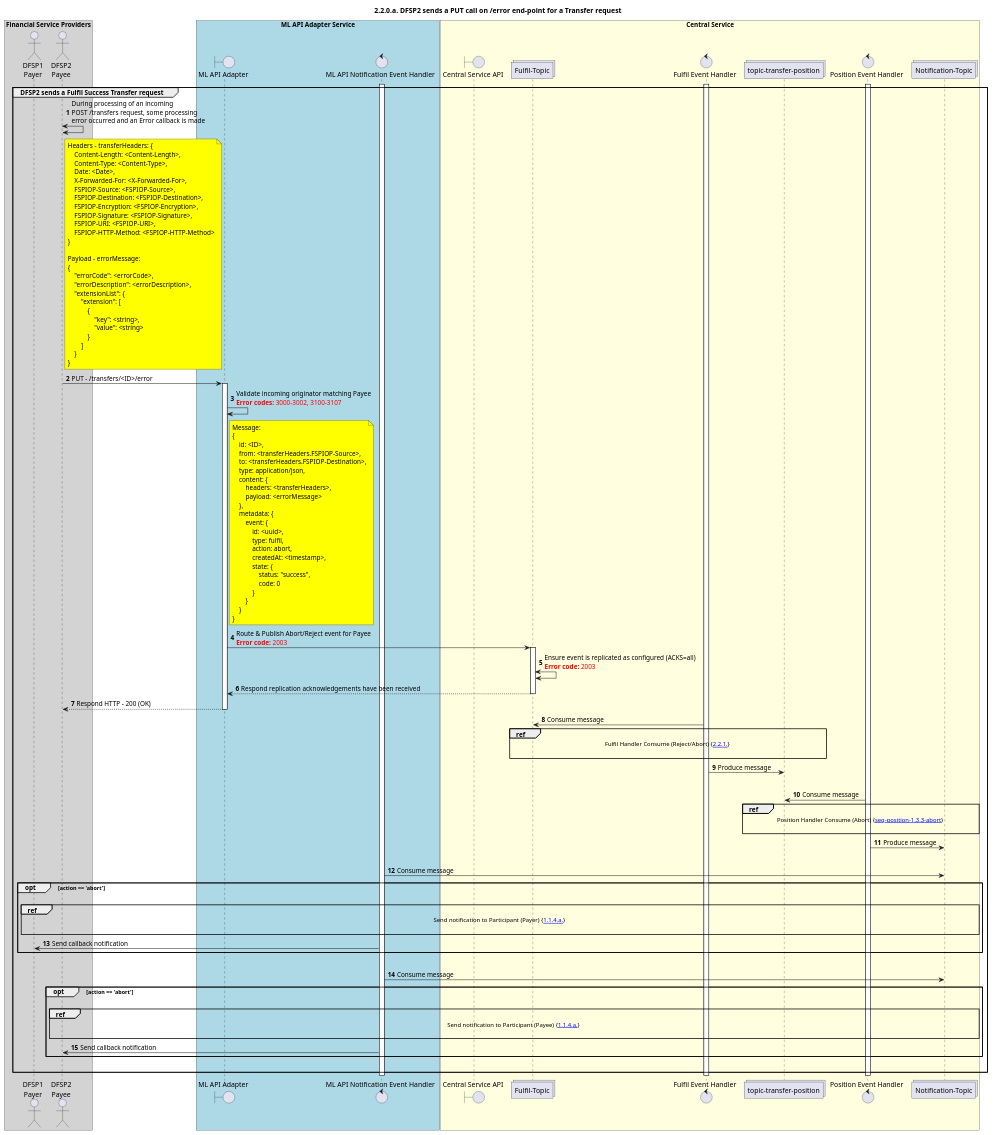
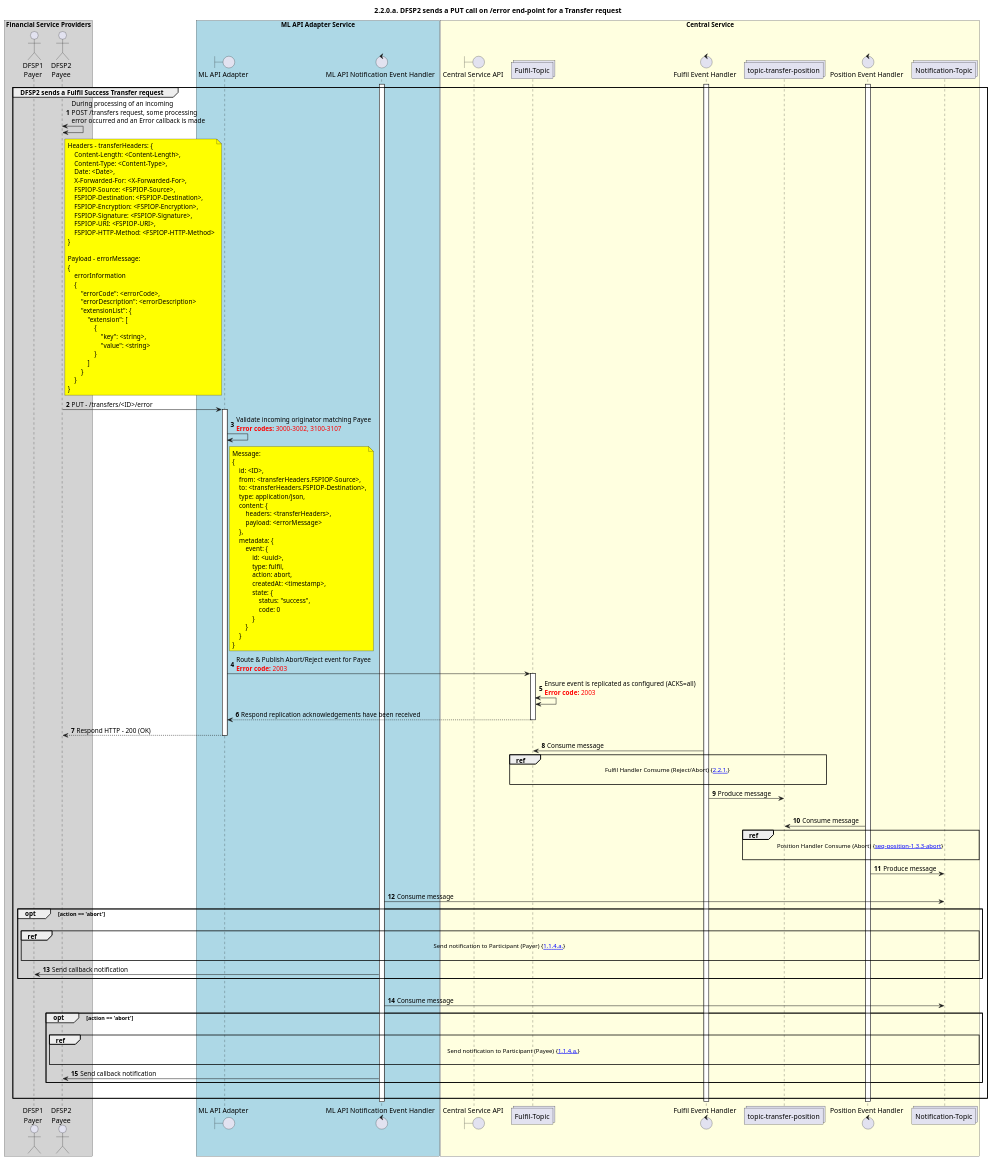
The diagram in Diagrams/SequenceDiagrams/seq-reject-2.2.0.a.plantuml (ggrg/docs), drawn with PlantUML before and after one commit. The commit also changed 1 other file, not shown here.

Commit message:
Corrected the schema on the errorMessage (errorInformation at root level and the errorCode, errorDescription, extensionList are inside it) (#138)

```diff
--- a/Diagrams/SequenceDiagrams/seq-reject-2.2.0.a.plantuml
+++ b/Diagrams/SequenceDiagrams/seq-reject-2.2.0.a.plantuml
@@ -25,139 +25,142 @@
 @startuml
 ' declate title
 title 2.2.0.a. DFSP2 sends a PUT call on /error end-point for a Transfer request
 
 autonumber
 ' Actor Keys:
 '   boundary - APIs/Interfaces, etc
 '   collections - Kafka Topics
 '   control - Kafka Consumers
 '   entity - Database Access Objects
 '   database - Database Persistance Store
 
 ' declare actors
 actor "DFSP1\nPayer" as DFSP1
 actor "DFSP2\nPayee" as DFSP2
 boundary "ML API Adapter" as MLAPI
 control "ML API Notification Event Handler" as NOTIFY_HANDLER
 boundary "Central Service API" as CSAPI
 collections "Fulfil-Topic" as TOPIC_FULFIL
 control "Fulfil Event Handler" as FULF_HANDLER
 collections "topic-transfer-position" as TOPIC_TRANSFER_POSITION
 control "Position Event Handler" as POS_HANDLER
 collections "Notification-Topic" as TOPIC_NOTIFICATIONS
 
 box "Financial Service Providers" #lightGray
 	participant DFSP1
 	participant DFSP2
 end box
 
 box "ML API Adapter Service" #LightBlue
 	participant MLAPI
 	participant NOTIFY_HANDLER
 end box
 
 box "Central Service" #LightYellow
     participant CSAPI
 	participant TOPIC_FULFIL
     participant FULF_HANDLER
     participant TOPIC_TRANSFER_POSITION
     participant POS_HANDLER
     participant TOPIC_NOTIFICATIONS
 end box
 
 ' start flow
 activate NOTIFY_HANDLER
 activate FULF_HANDLER
 activate POS_HANDLER
 group DFSP2 sends a Fulfil Success Transfer request
     DFSP2 <-> DFSP2: During processing of an incoming\nPOST /transfers request, some processing\nerror occurred and an Error callback is made
     note right of DFSP2 #yellow
         Headers - transferHeaders: {
             Content-Length: <Content-Length>,
             Content-Type: <Content-Type>,
             Date: <Date>,
             X-Forwarded-For: <X-Forwarded-For>,
             FSPIOP-Source: <FSPIOP-Source>,
             FSPIOP-Destination: <FSPIOP-Destination>,
             FSPIOP-Encryption: <FSPIOP-Encryption>,
             FSPIOP-Signature: <FSPIOP-Signature>,
             FSPIOP-URI: <FSPIOP-URI>,
             FSPIOP-HTTP-Method: <FSPIOP-HTTP-Method>
         }
 
         Payload - errorMessage:
         {
-            "errorCode": <errorCode>,
-            "errorDescription": <errorDescription>,
-            "extensionList": {
-                "extension": [
-                    {
-                        "key": <string>,
-                        "value": <string>
-                    }
-                ]
+            errorInformation
+            {
+                "errorCode": <errorCode>,
+                "errorDescription": <errorDescription>
+                "extensionList": {
+                    "extension": [
+                        {
+                            "key": <string>,
+                            "value": <string>
+                        }
+                    ]
+                }
             }
         }
     end note
     DFSP2 -> MLAPI: PUT - /transfers/<ID>/error
     activate MLAPI
     MLAPI -> MLAPI: Validate incoming originator matching Payee\n<color #FF0000><b>Error codes:</b> 3000-3002, 3100-3107</color>
     note right of MLAPI #yellow
         Message:
         {
             id: <ID>,
             from: <transferHeaders.FSPIOP-Source>,
             to: <transferHeaders.FSPIOP-Destination>,
             type: application/json,
             content: {
                 headers: <transferHeaders>,
                 payload: <errorMessage>
             },
             metadata: {
                 event: {
                     id: <uuid>,
                     type: fulfil,
                     action: abort,
                     createdAt: <timestamp>,
                     state: {
                         status: "success",
                         code: 0
                     }
                 }
             }
         }
     end note
     MLAPI -> TOPIC_FULFIL: Route & Publish Abort/Reject event for Payee\n<color #FF0000><b>Error code:</b> 2003</color>
     activate TOPIC_FULFIL
     TOPIC_FULFIL <-> TOPIC_FULFIL: Ensure event is replicated as configured (ACKS=all)\n<color #FF0000><b>Error code:</b> 2003</color>
     TOPIC_FULFIL --> MLAPI: Respond replication acknowledgements have been received
     deactivate TOPIC_FULFIL
     MLAPI --> DFSP2: Respond HTTP - 200 (OK)
     deactivate MLAPI
     TOPIC_FULFIL <- FULF_HANDLER: Consume message
     ref over TOPIC_FULFIL, TOPIC_TRANSFER_POSITION: Fulfil Handler Consume (Reject/Abort) {[[https://github.com/mojaloop/docs/blob/master/CentralServices/seq_diagrams/seq-reject-2.2.1.svg 2.2.1.]]} \n
     FULF_HANDLER -> TOPIC_TRANSFER_POSITION: Produce message
     |||
     TOPIC_TRANSFER_POSITION <- POS_HANDLER: Consume message
     ref over TOPIC_TRANSFER_POSITION, TOPIC_NOTIFICATIONS:  Position Handler Consume (Abort) {[[https://github.com/mojaloop/docs/blob/master/CentralServices/seq_diagrams/seq-position-1.3.3-abort.svg seq-position-1.3.3-abort]]} \n
     POS_HANDLER -> TOPIC_NOTIFICATIONS: Produce message
     |||
     TOPIC_NOTIFICATIONS <- NOTIFY_HANDLER: Consume message
     opt action == 'abort'
         |||
         ref over DFSP1, TOPIC_NOTIFICATIONS: Send notification to Participant (Payer) {[[https://github.com/mojaloop/docs/blob/master/CentralServices/seq_diagrams/seq-prepare-1.1.4.a.svg 1.1.4.a.]]} \n
         NOTIFY_HANDLER -> DFSP1: Send callback notification
     end
     |||
     TOPIC_NOTIFICATIONS <- NOTIFY_HANDLER: Consume message
     opt action == 'abort'
         |||
         ref over DFSP2, TOPIC_NOTIFICATIONS: Send notification to Participant (Payee) {[[https://github.com/mojaloop/docs/blob/master/CentralServices/seq_diagrams/seq-prepare-1.1.4.a.svg 1.1.4.a.]]} \n
         NOTIFY_HANDLER -> DFSP2: Send callback notification
     end
     |||
 end
 deactivate POS_HANDLER
 deactivate FULF_HANDLER
 deactivate NOTIFY_HANDLER
 @enduml
```
